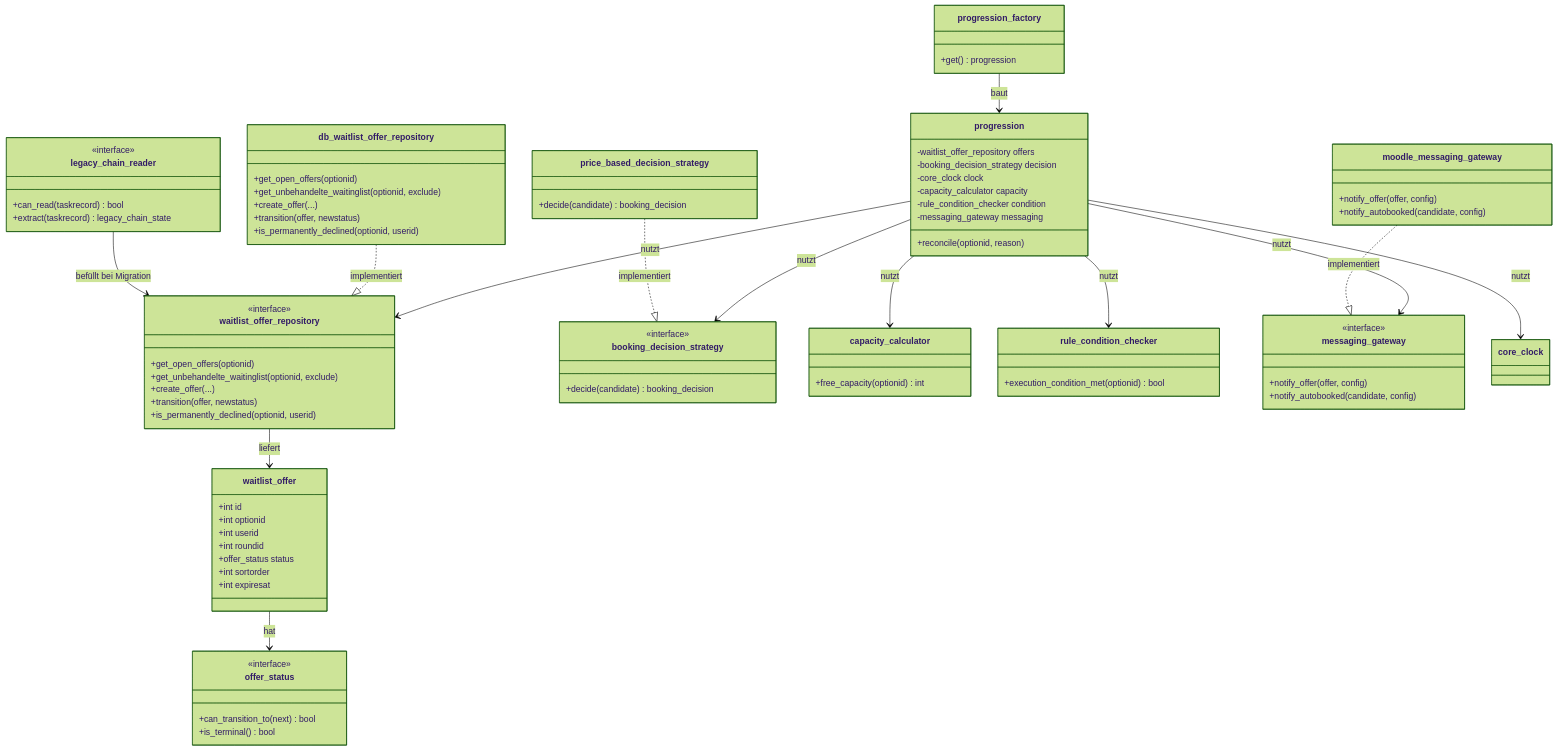
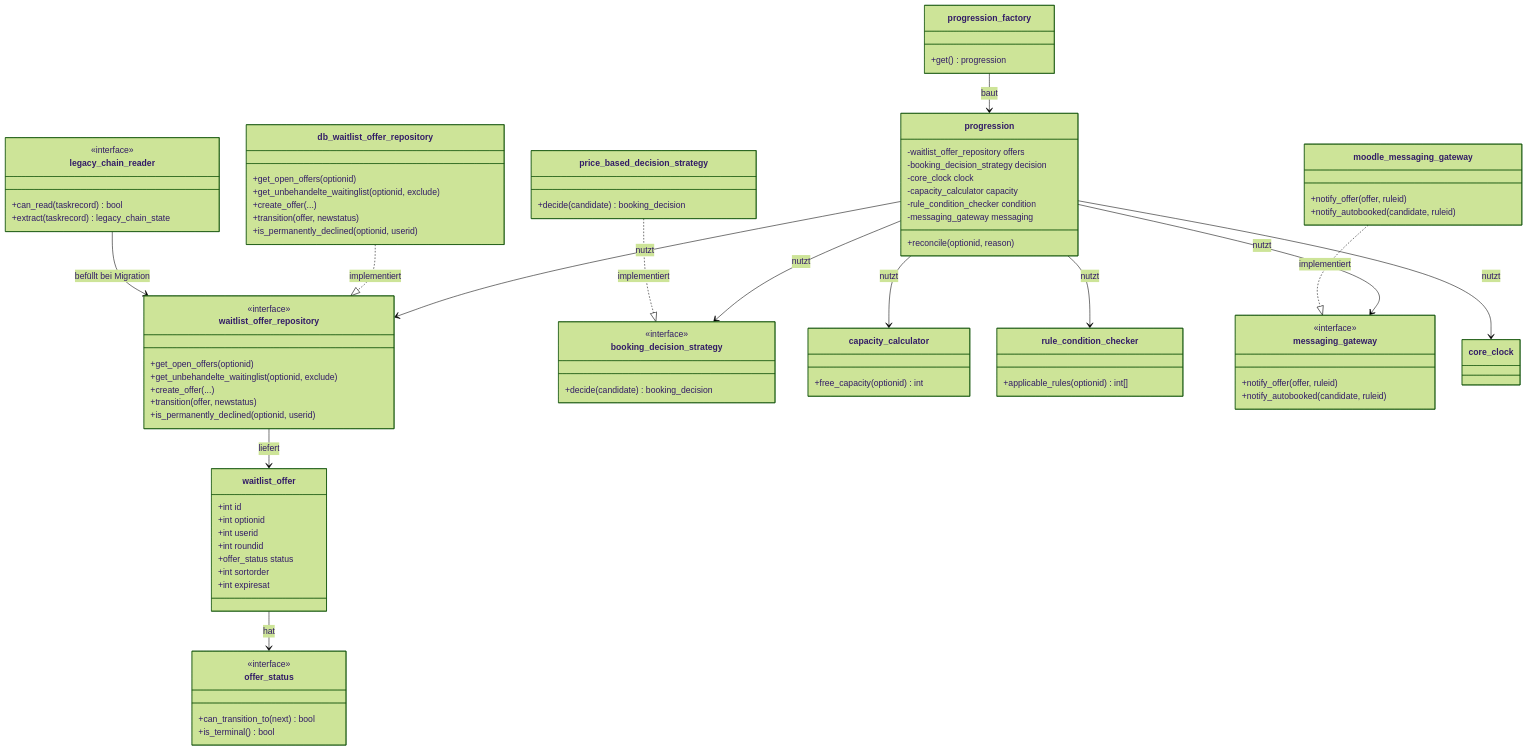
One commit to Wunderbyte-GmbH/moodle-mod_booking changed the third of 4 diagrams in docs/blueprints/WAITLIST_REFACTOR_ARCHITECTURE_2026-08-12.md. Above: the diagram before and after it, drawn with Mermaid (forest theme). The commit also changed other lines of this file and 22 other files, not shown here.

```diff
--- a/docs/blueprints/WAITLIST_REFACTOR_ARCHITECTURE_2026-08-12.md
+++ b/docs/blueprints/WAITLIST_REFACTOR_ARCHITECTURE_2026-08-12.md
@@ -393,16 +408,16 @@
         +free_capacity(optionid) int
     }
     class rule_condition_checker {
-        +execution_condition_met(optionid) bool
+        +applicable_rules(optionid) int[]
     }
     class messaging_gateway {
         <<interface>>
-        +notify_offer(offer, config)
-        +notify_autobooked(candidate, config)
+        +notify_offer(offer, ruleid)
+        +notify_autobooked(candidate, ruleid)
     }
     class moodle_messaging_gateway {
-        +notify_offer(offer, config)
-        +notify_autobooked(candidate, config)
+        +notify_offer(offer, ruleid)
+        +notify_autobooked(candidate, ruleid)
     }
     class progression_factory {
         +get() progression
```
